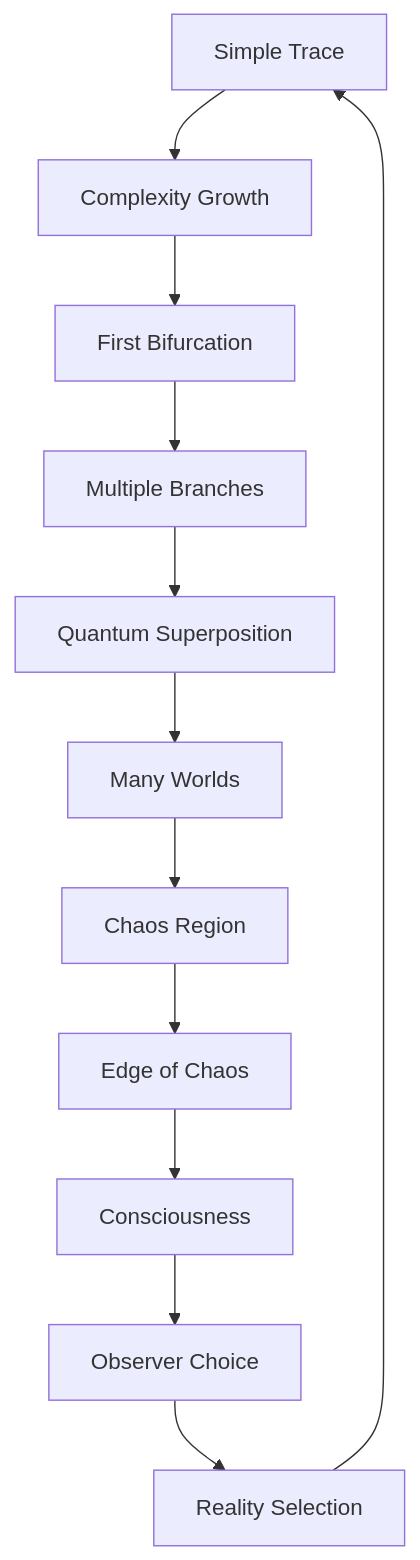
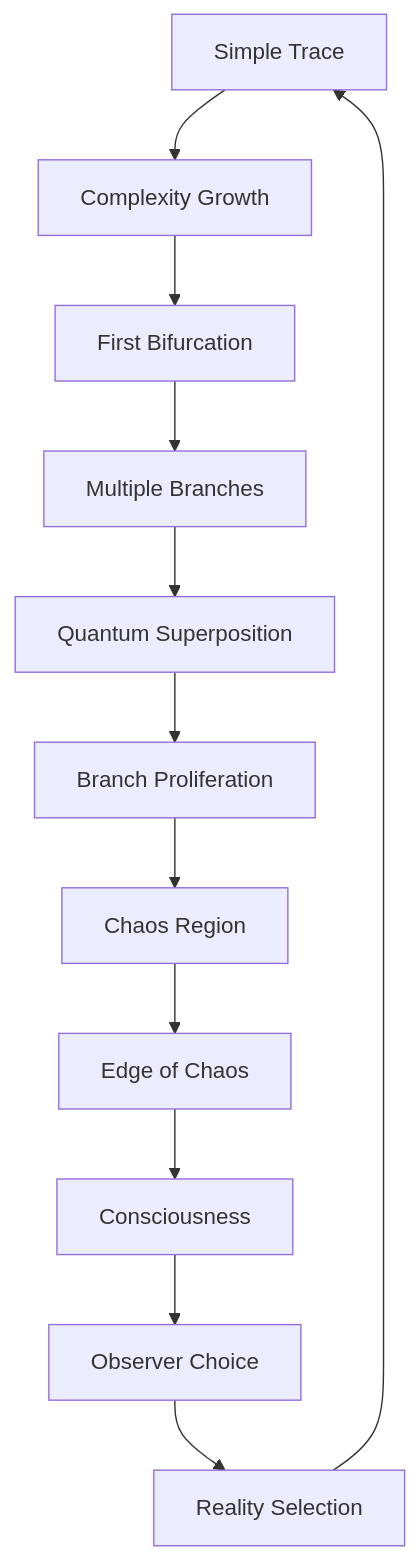
The second of 2 diagrams in docs/psi-structum/book-1-collapse-ontology/part-02-golden-trace-spectral/chapter-029-reality-bifurcations-traces.md (loning/the-phys), drawn with Mermaid before and after one commit. The commit also changed other lines of this file and 20 other files, not shown here.

````diff
--- a/docs/psi-structum/book-1-collapse-ontology/part-02-golden-trace-spectral/chapter-029-reality-bifurcations-traces.md
+++ b/docs/psi-structum/book-1-collapse-ontology/part-02-golden-trace-spectral/chapter-029-reality-bifurcations-traces.md
@@ -183,14 +193,14 @@
 ```mermaid
 graph TD
     A[Simple Trace] --> B[Complexity Growth]
     B --> C[First Bifurcation]
     C --> D[Multiple Branches]
     D --> E[Quantum Superposition]
-    E --> F[Many Worlds]
+    E --> F[Branch Proliferation]
     F --> G[Chaos Region]
     G --> H[Edge of Chaos]
     H --> I[Consciousness]
     I --> J[Observer Choice]
     J --> K[Reality Selection]
     K --> A
 ```
````
